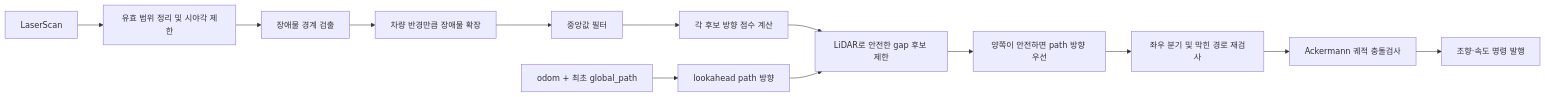
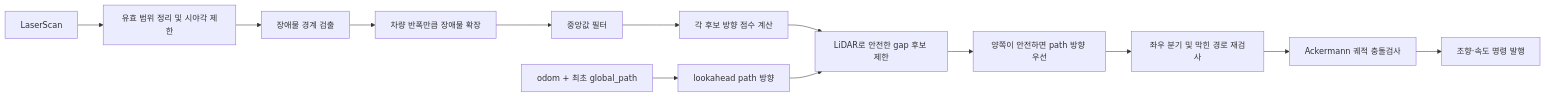
The diagram in README.md (rcv-formula/gap_follow), drawn with Mermaid before and after one commit. The commit also changed other lines of this file and 4 other files, not shown here.

````diff
--- a/README.md
+++ b/README.md
@@ -17,15 +17,15 @@
 ```mermaid
 flowchart LR
     A[LaserScan] --> B[유효 범위 정리 및 시야각 제한]
     B --> C[장애물 경계 검출]
-    C --> D[차량 반경만큼 장애물 확장]
+    C --> D[차량 반폭만큼 장애물 확장]
     D --> E[중앙값 필터]
     E --> F[각 후보 방향 점수 계산]
     F --> G[LiDAR로 안전한 gap 후보 제한]
     K[odom + 최초 global_path] --> L[lookahead path 방향]
     L --> G
     G --> M[양쪽이 안전하면 path 방향 우선]
     M --> H[좌우 분기 및 막힌 경로 재검사]
     H --> I[Ackermann 궤적 충돌검사]
     I --> J[조향·속도 명령 발행]
 ```
````
